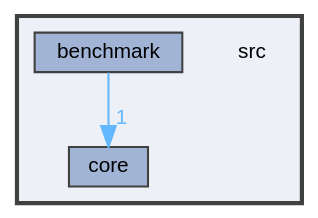
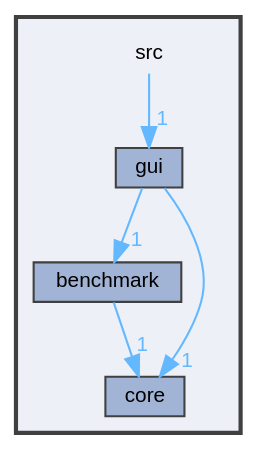
The diagram in dir_68267d1309a1af8e8297ef4c3efbcdba_dep.dot (wwerniss/aes-encryptor), drawn with Graphviz before and after one commit. The commit also changed 86 other files, not shown here.

```diff
--- a/dir_68267d1309a1af8e8297ef4c3efbcdba_dep.dot
+++ b/dir_68267d1309a1af8e8297ef4c3efbcdba_dep.dot
@@ -1,15 +1,19 @@
 digraph "src"
 {
  // LATEX_PDF_SIZE
   bgcolor="transparent";
   edge [fontname=Helvetica,fontsize=10,labelfontname=Helvetica,labelfontsize=10];
   node [fontname=Helvetica,fontsize=10,shape=box,height=0.2,width=0.4];
   compound=true
   subgraph clusterdir_68267d1309a1af8e8297ef4c3efbcdba {
     graph [ bgcolor="#edf0f7", pencolor="grey25", label="", fontname=Helvetica,fontsize=10 style="filled,bold", URL="dir_68267d1309a1af8e8297ef4c3efbcdba.html",tooltip=""]
     dir_68267d1309a1af8e8297ef4c3efbcdba [shape=plaintext, label="src"];
   dir_e7ebcb9b067f42e96b6aa92c053707aa [label="benchmark", fillcolor="#a2b4d6", color="grey25", style="filled", URL="dir_e7ebcb9b067f42e96b6aa92c053707aa.html",tooltip=""];
   dir_aebb8dcc11953d78e620bbef0b9e2183 [label="core", fillcolor="#a2b4d6", color="grey25", style="filled", URL="dir_aebb8dcc11953d78e620bbef0b9e2183.html",tooltip=""];
+  dir_99d0482cf009f9d97a0877749b817f19 [label="gui", fillcolor="#a2b4d6", color="grey25", style="filled", URL="dir_99d0482cf009f9d97a0877749b817f19.html",tooltip=""];
   }
+  dir_68267d1309a1af8e8297ef4c3efbcdba->dir_99d0482cf009f9d97a0877749b817f19 [headlabel="1", labeldistance=1.5 headhref="dir_000004_000003.html" href="dir_000004_000003.html" color="steelblue1" fontcolor="steelblue1"];
   dir_e7ebcb9b067f42e96b6aa92c053707aa->dir_aebb8dcc11953d78e620bbef0b9e2183 [headlabel="1", labeldistance=1.5 headhref="dir_000000_000001.html" href="dir_000000_000001.html" color="steelblue1" fontcolor="steelblue1"];
+  dir_99d0482cf009f9d97a0877749b817f19->dir_aebb8dcc11953d78e620bbef0b9e2183 [headlabel="1", labeldistance=1.5 headhref="dir_000003_000001.html" href="dir_000003_000001.html" color="steelblue1" fontcolor="steelblue1"];
+  dir_99d0482cf009f9d97a0877749b817f19->dir_e7ebcb9b067f42e96b6aa92c053707aa [headlabel="1", labeldistance=1.5 headhref="dir_000003_000000.html" href="dir_000003_000000.html" color="steelblue1" fontcolor="steelblue1"];
 }
```
